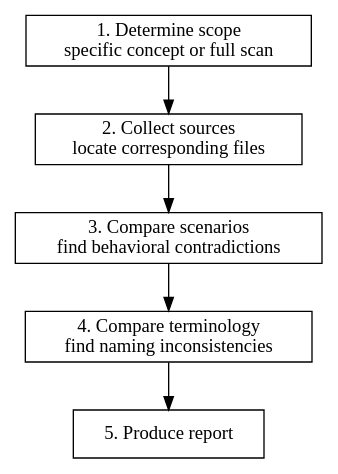
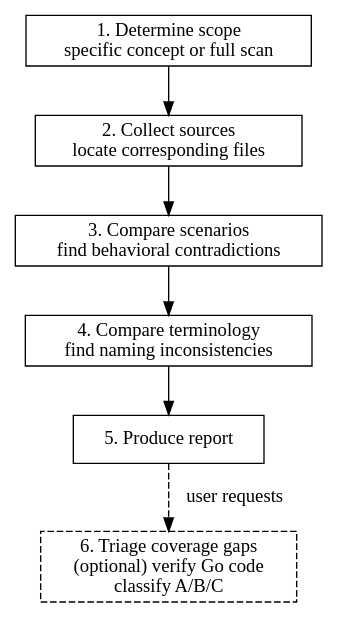
Before and after one commit to MilesChou/typemd: the diagram in .claude/skills/consistency-check/SKILL.md, drawn with Graphviz. The commit also changed other lines of this file, not shown here.

First line of the commit message:
feat(skills): add triage workflow and action-based categories to consistency-check

````diff
--- a/.claude/skills/consistency-check/SKILL.md
+++ b/.claude/skills/consistency-check/SKILL.md
@@ -31,14 +31,16 @@
 ```dot
 digraph consistency_check {
   rankdir=TB;
   node [shape=box];
 
   scope [label="1. Determine scope\nspecific concept or full scan"];
   collect [label="2. Collect sources\nlocate corresponding files"];
   scenario [label="3. Compare scenarios\nfind behavioral contradictions"];
   terminology [label="4. Compare terminology\nfind naming inconsistencies"];
   report [label="5. Produce report"];
+  triage [label="6. Triage coverage gaps\n(optional) verify Go code\nclassify A/B/C" style=dashed];
 
   scope -> collect -> scenario -> terminology -> report;
+  report -> triage [style=dashed label="user requests"];
 }
 ```
````
